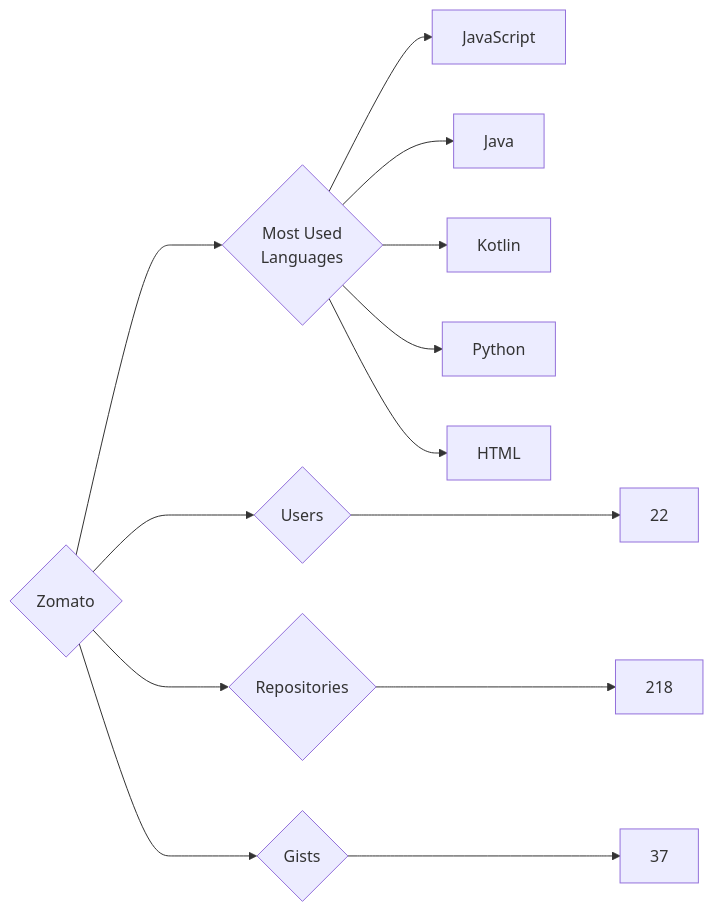
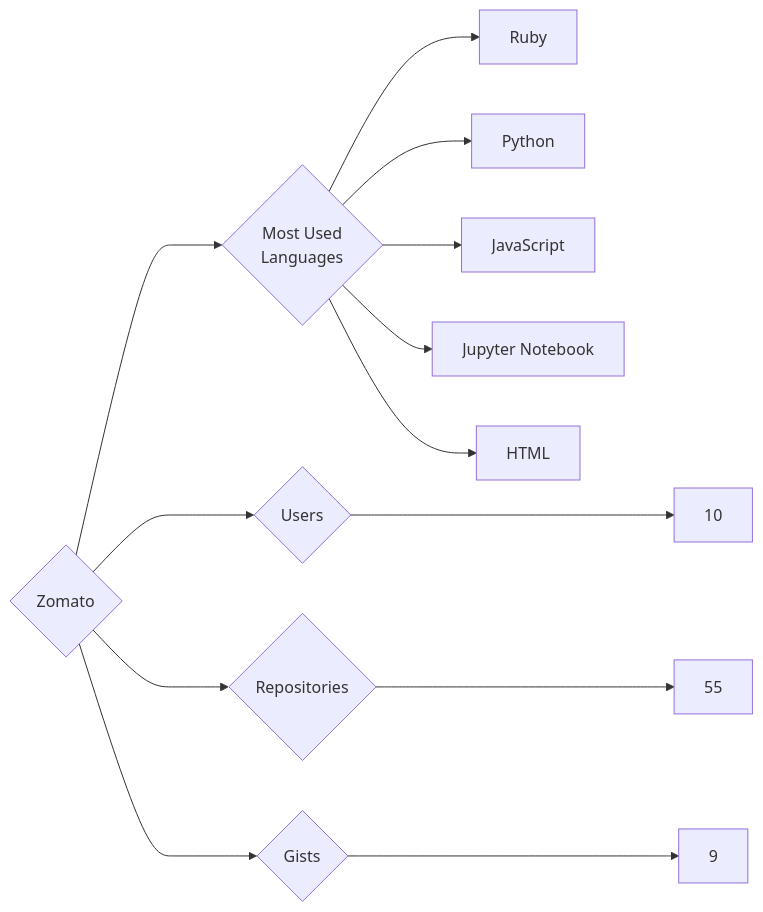
Before and after one commit to trickest/insiders: the diagram in targets/Zomato/README.md, drawn with Mermaid. The commit also changed 1496 other files, not shown here.

````diff
--- a/targets/Zomato/README.md
+++ b/targets/Zomato/README.md
@@ -3,13 +3,13 @@
 ```mermaid
 graph LR
 COMPANY_NAME{Zomato}
-COMPANY_NAME ---> U{Users} ---> UN[22]
-COMPANY_NAME ---> R{Repositories} ---> RN[218]
-COMPANY_NAME ---> G{Gists} ---> GN[37]
+COMPANY_NAME ---> U{Users} ---> UN[10]
+COMPANY_NAME ---> R{Repositories} ---> RN[55]
+COMPANY_NAME ---> G{Gists} ---> GN[9]
 COMPANY_NAME ---> ML{Most Used<br>Languages}
+ML --> Ruby[Ruby]
+ML --> Python[Python]
 ML --> JavaScript[JavaScript]
-ML --> Java[Java]
-ML --> Kotlin[Kotlin]
-ML --> Python[Python]
+ML --> Jupyter_Notebook[Jupyter Notebook]
 ML --> HTML[HTML]
 ```
````
